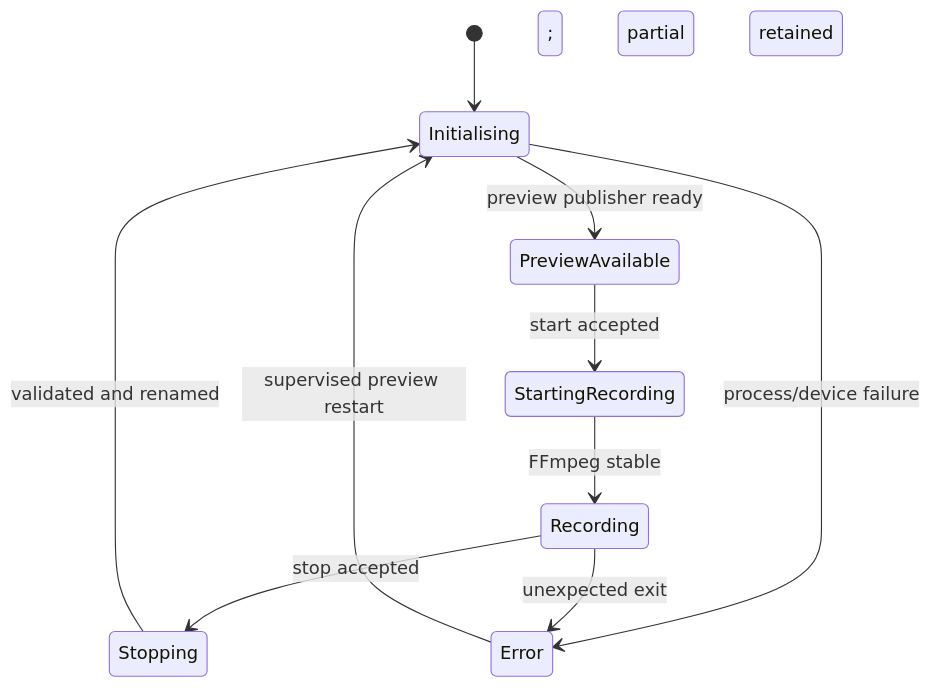
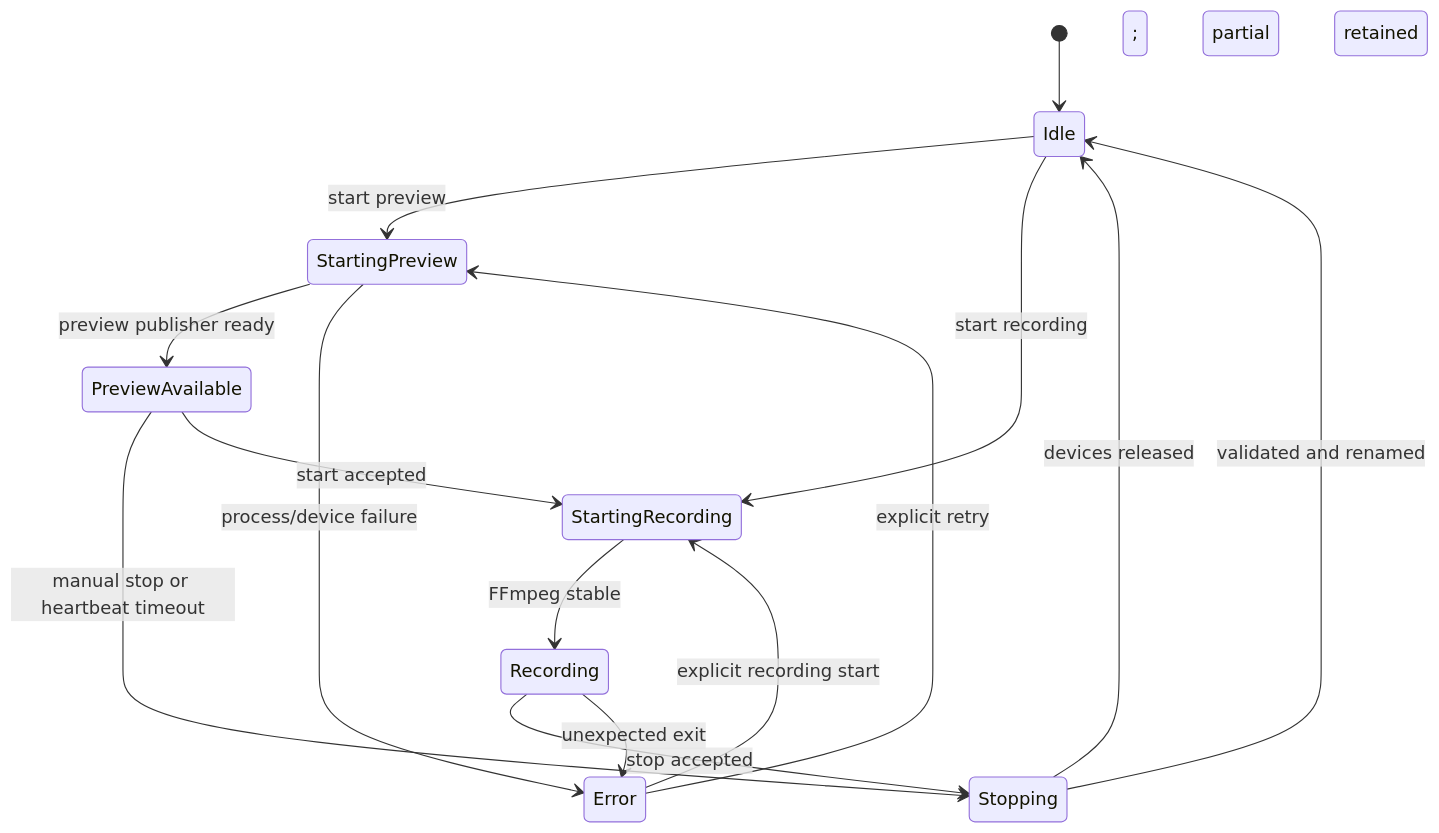
One commit to paulcakeface/vhscribe changed the second of 2 diagrams in docs/architecture.md. Above: the diagram before and after it, drawn with Mermaid. The commit also changed other lines of this file and 18 other files, not shown here.

````diff
--- a/docs/architecture.md
+++ b/docs/architecture.md
@@ -32,12 +33,17 @@
 ```mermaid
 stateDiagram-v2
-    [*] --> Initialising
-    Initialising --> PreviewAvailable: preview publisher ready
+    [*] --> Idle
+    Idle --> StartingPreview: start preview
+    StartingPreview --> PreviewAvailable: preview publisher ready
+    PreviewAvailable --> Stopping: manual stop or heartbeat timeout
+    Stopping --> Idle: devices released
+    Idle --> StartingRecording: start recording
     PreviewAvailable --> StartingRecording: start accepted
     StartingRecording --> Recording: FFmpeg stable
     Recording --> Stopping: stop accepted
-    Stopping --> Initialising: validated and renamed
-    Initialising --> Error: process/device failure
+    Stopping --> Idle: validated and renamed
+    StartingPreview --> Error: process/device failure
     Recording --> Error: unexpected exit; partial retained
-    Error --> Initialising: supervised preview restart
+    Error --> StartingPreview: explicit retry
+    Error --> StartingRecording: explicit recording start
 ```
````
